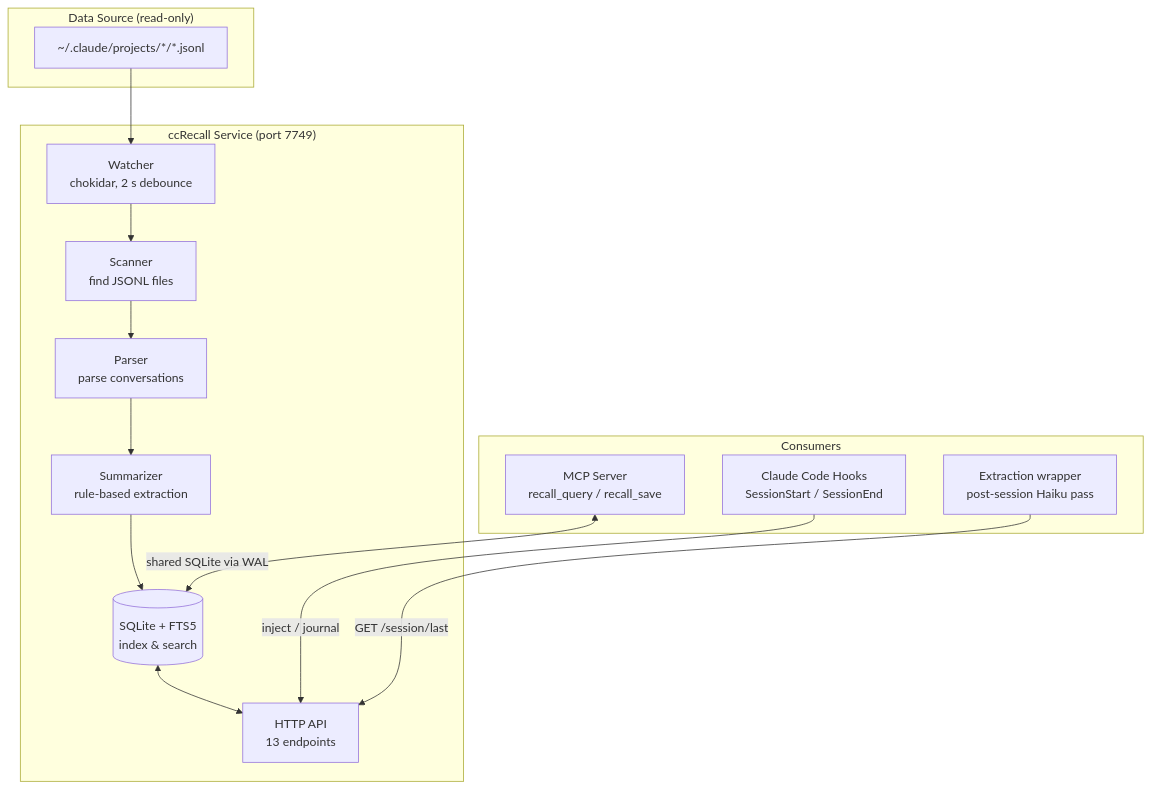
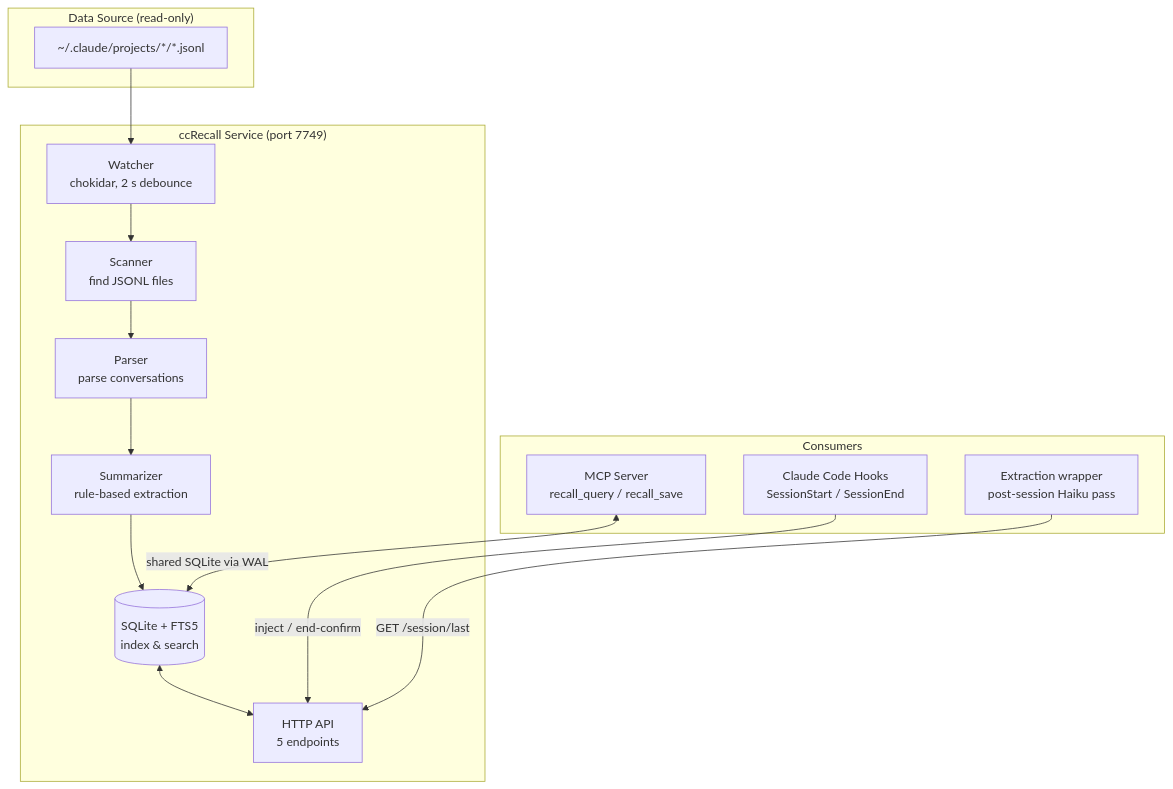
Before and after one commit to tznthou/ccRecall: the first of 2 diagrams in README.md, drawn with Mermaid. The commit also changed other lines of this file and 34 other files, not shown here.

````diff
--- a/README.md
+++ b/README.md
@@ -53,27 +52,27 @@
 ```mermaid
 flowchart TB
     subgraph Input["Data Source (read-only)"]
         JSONL["~/.claude/projects/*/*.jsonl"]
     end
 
     subgraph Core["ccRecall Service (port 7749)"]
         Watcher["Watcher<br/>chokidar, 2 s debounce"]
         Scanner["Scanner<br/>find JSONL files"]
         Parser["Parser<br/>parse conversations"]
         Summarizer["Summarizer<br/>rule-based extraction"]
         DB[("SQLite + FTS5<br/>index & search")]
-        API["HTTP API<br/>13 endpoints"]
+        API["HTTP API<br/>5 endpoints"]
     end
 
     subgraph Consumers["Consumers"]
         Hook["Claude Code Hooks<br/>SessionStart / SessionEnd"]
         Wrapper["Extraction wrapper<br/>post-session Haiku pass"]
         MCP["MCP Server<br/>recall_query / recall_save"]
     end
 
     JSONL --> Watcher --> Scanner --> Parser --> Summarizer --> DB
     DB <--> API
-    Hook -->|"inject / journal"| API
+    Hook -->|"inject / end-confirm"| API
     Wrapper -->|"GET /session/last"| API
     MCP <-->|"shared SQLite via WAL"| DB
 ```
````
